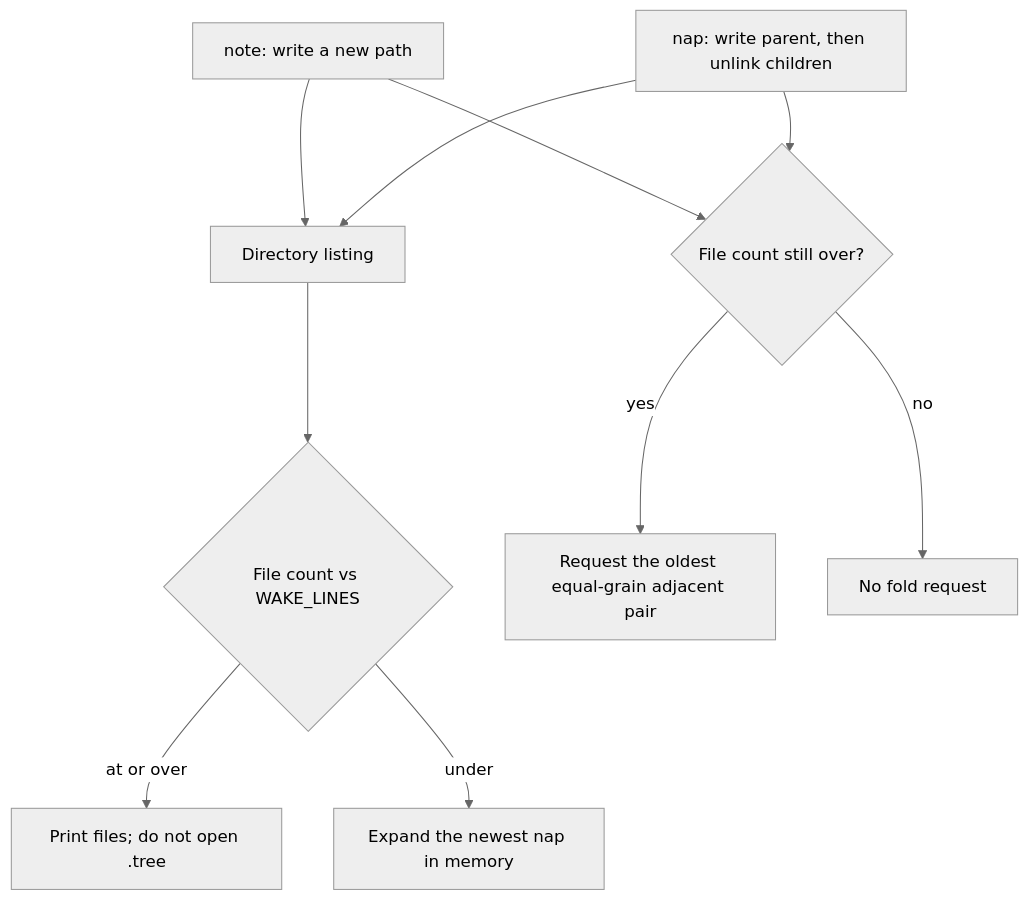
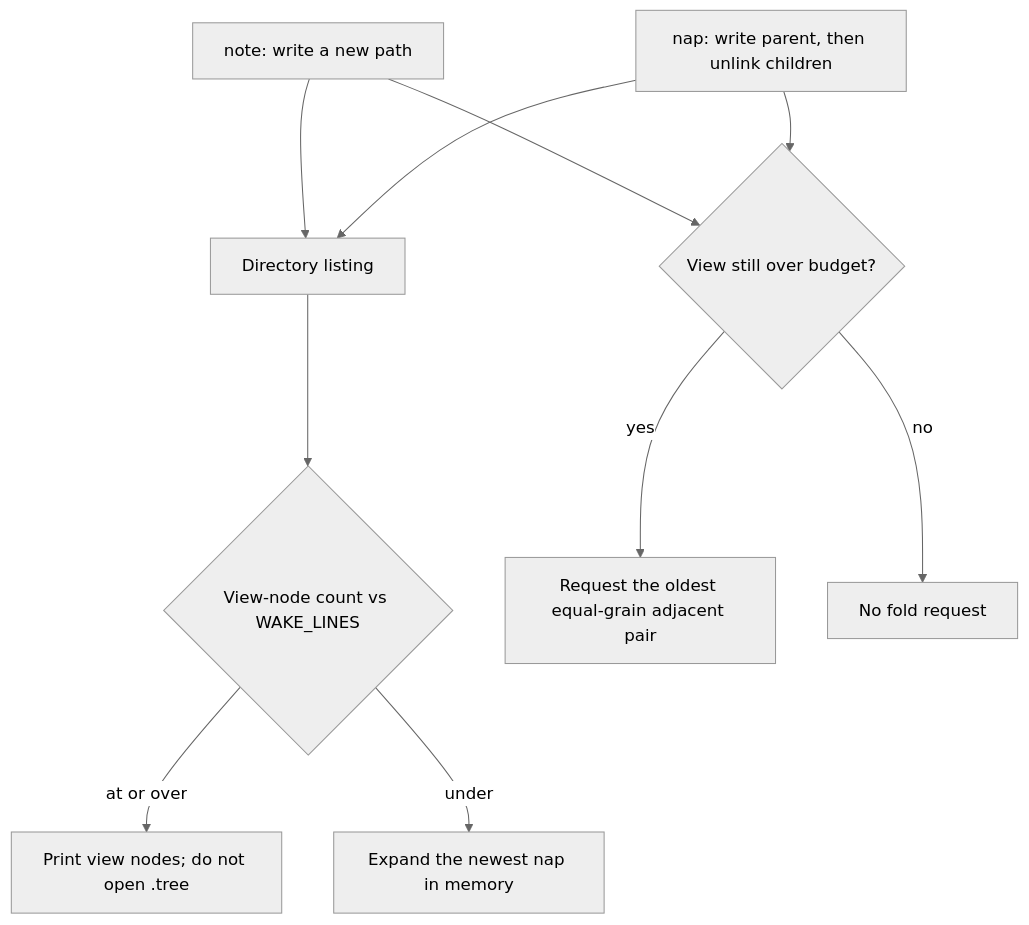
Before and after one commit to Texarkanine/SumMem: the second of 3 diagrams in docs/architecture/index.md, drawn with Mermaid (neutral theme). The commit also changed other lines of this file and 5 other files, not shown here.

````diff
--- a/docs/architecture/index.md
+++ b/docs/architecture/index.md
@@ -87,12 +87,12 @@
 ```mermaid
 flowchart TD
     Note["note: write a new path"] --> View["Directory listing"]
     Nap["nap: write parent, then unlink children"] --> View
-    View --> Count{"File count vs WAKE_LINES"}
-    Count -->|"at or over"| Files["Print files; do not open .tree"]
+    View --> Count{"View-node count vs WAKE_LINES"}
+    Count -->|"at or over"| Files["Print view nodes; do not open .tree"]
     Count -->|"under"| Expand["Expand the newest nap in memory"]
-    Note --> Over{"File count still over?"}
+    Note --> Over{"View still over budget?"}
     Nap --> Over
     Over -->|yes| Pair["Request the oldest equal-grain adjacent pair"]
     Over -->|no| Done["No fold request"]
 ```
````
